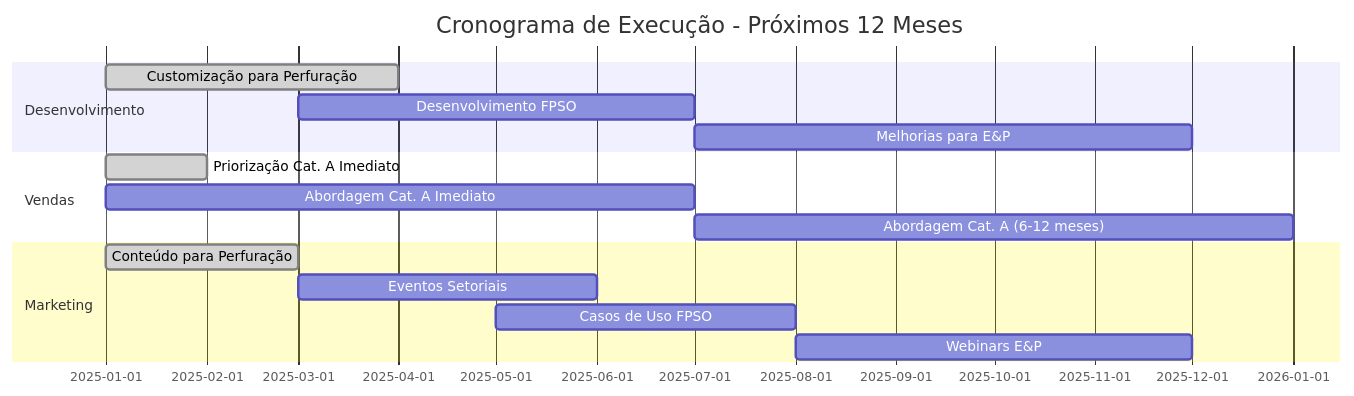
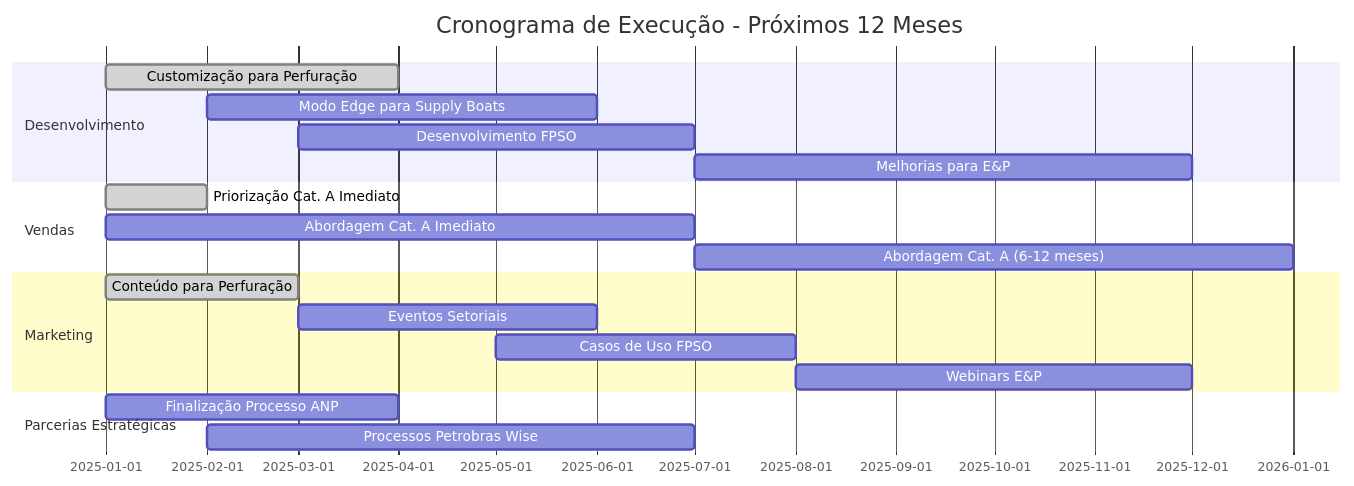
The fifth of 5 diagrams in AnaliseMercado.md (wonder-dmercadal/PublicReports), drawn with Mermaid before and after one commit. The commit also changed other lines of this file, not shown here.

````diff
--- a/AnaliseMercado.md
+++ b/AnaliseMercado.md
@@ -201,21 +231,26 @@
 ```mermaid
 gantt
     title Cronograma de Execução - Próximos 12 Meses
     dateFormat  MM/YYYY
     
     section Desenvolvimento
     Customização para Perfuração         :done, des1, 01/2025, 3M
+    Modo Edge para Supply Boats          :des4, 02/2025, 4M
     Desenvolvimento FPSO                  :des2, 03/2025, 4M
     Melhorias para E&P                    :des3, 07/2025, 5M
     
     section Vendas
     Priorização Cat. A Imediato           :done, sales1, 01/2025, 1M
     Abordagem Cat. A Imediato             :sales2, 01/2025, 6M
     Abordagem Cat. A (6-12 meses)         :sales3, 07/2025, 6M
     
     section Marketing
     Conteúdo para Perfuração              :done, mkt1, 01/2025, 2M
     Eventos Setoriais                      :mkt2, 03/2025, 3M
     Casos de Uso FPSO                      :mkt3, 05/2025, 3M
     Webinars E&P                           :mkt4, 08/2025, 4M
+    
+    section Parcerias Estratégicas
+    Finalização Processo ANP              :part1, 01/2025, 3M
+    Processos Petrobras Wise              :part2, 02/2025, 5M
 ```
````
